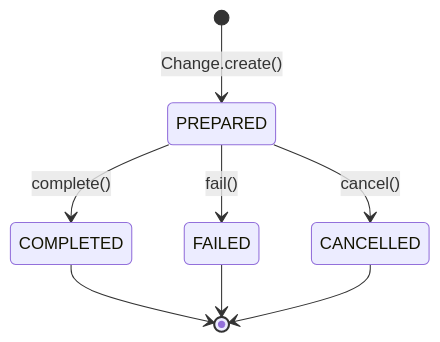
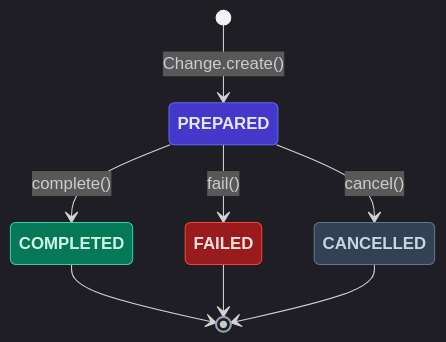
Before and after one commit to claudecirmiranda/changeops: the third of 10 diagrams in docs/PROJETO_COMPLETO.md, drawn with Mermaid. The commit also changed other lines of this file and 3 other files, not shown here.

First line of the commit message:
refactor: update container and sequence diagrams for ChangeOps Dashboard

````diff
--- a/docs/PROJETO_COMPLETO.md
+++ b/docs/PROJETO_COMPLETO.md
@@ -204,10 +281,21 @@
 ```mermaid
+%%{init: {'theme':'dark', 'themeVariables':{'fontSize':'16px','primaryColor':'#4338CA','primaryTextColor':'#E0E7FF','primaryBorderColor':'#6366F1','lineColor':'#94A3B8','secondaryColor':'#1E1B4B','tertiaryColor':'#B45309'}}}%%
 stateDiagram-v2
+    classDef svcState fill:#4338CA,stroke:#6366F1,color:#E0E7FF,font-weight:bold
+    classDef doneState fill:#047857,stroke:#34D399,color:#D1FAE5,font-weight:bold
+    classDef failState fill:#991B1B,stroke:#EF4444,color:#FEE2E2,font-weight:bold
+    classDef cancelState fill:#334155,stroke:#64748B,color:#CBD5E1,font-weight:bold
+
     [*] --> PREPARED : Change.create()
     PREPARED --> COMPLETED : complete()
     PREPARED --> FAILED : fail()
     PREPARED --> CANCELLED : cancel()
     COMPLETED --> [*]
     FAILED --> [*]
     CANCELLED --> [*]
+
+    class PREPARED svcState
+    class COMPLETED doneState
+    class FAILED failState
+    class CANCELLED cancelState
 ```
````
